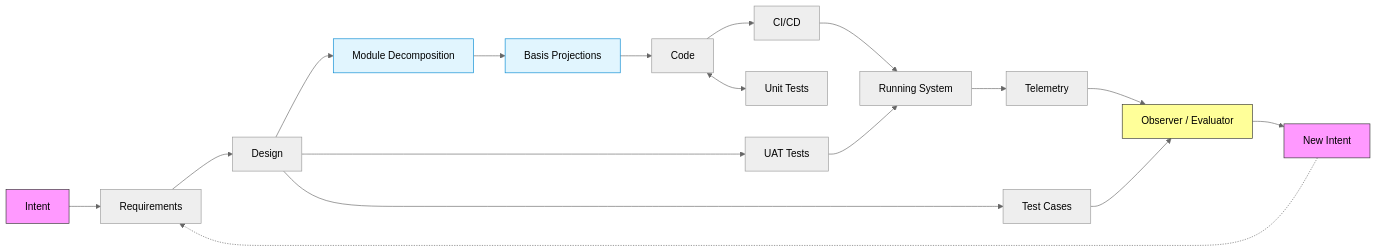
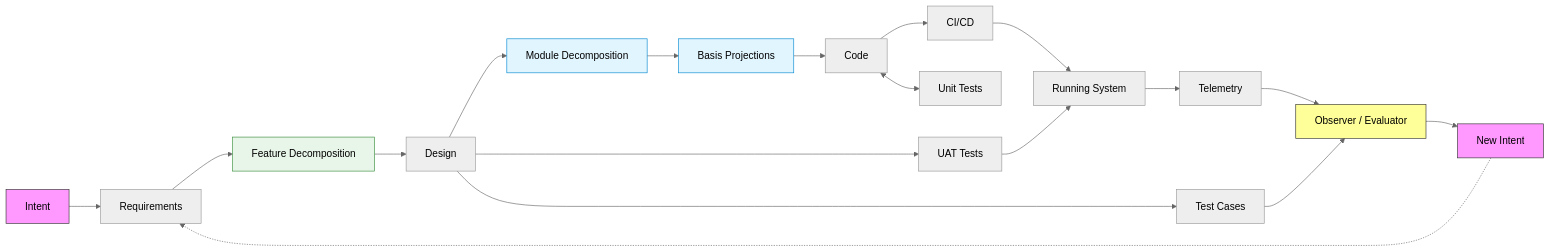
The first of 8 diagrams in specification/core/AI_SDLC_ASSET_GRAPH_MODEL.md (foolishimp/ai_sdlc_method), drawn with Mermaid (neutral theme) before and after one commit. The commit also changed other lines of this file and 5 other files, not shown here.

First line of the commit message:
feat(spec): add Feature Decomposition as explicit graph node (ADR-S-006)

````diff
--- a/specification/core/AI_SDLC_ASSET_GRAPH_MODEL.md
+++ b/specification/core/AI_SDLC_ASSET_GRAPH_MODEL.md
@@ -81,25 +83,27 @@
 ```mermaid
 graph LR
     INT[Intent] --> REQ[Requirements]
-    REQ --> DES[Design]
+    REQ --> FDEC[Feature Decomposition]
+    FDEC --> DES[Design]
     DES --> MOD[Module Decomposition]
     MOD --> ST[Basis Projections]
     ST --> CODE[Code]
     DES --> TC[Test Cases]
     DES --> UAT[UAT Tests]
     CODE <--> UT[Unit Tests]
     CODE --> CICD[CI/CD]
     CICD --> RUN[Running System]
     RUN --> TEL[Telemetry]
     TEL --> OBS[Observer / Evaluator]
     UAT --> RUN
     TC --> OBS
     OBS --> INT2[New Intent]
     INT2 -.-> REQ
 
     style INT fill:#f9f,stroke:#333
     style INT2 fill:#f9f,stroke:#333
     style OBS fill:#ff9,stroke:#333
+    style FDEC fill:#e8f5e9,stroke:#388e3c
     style MOD fill:#e1f5fe,stroke:#0288d1
     style ST fill:#e1f5fe,stroke:#0288d1
 ```
````
